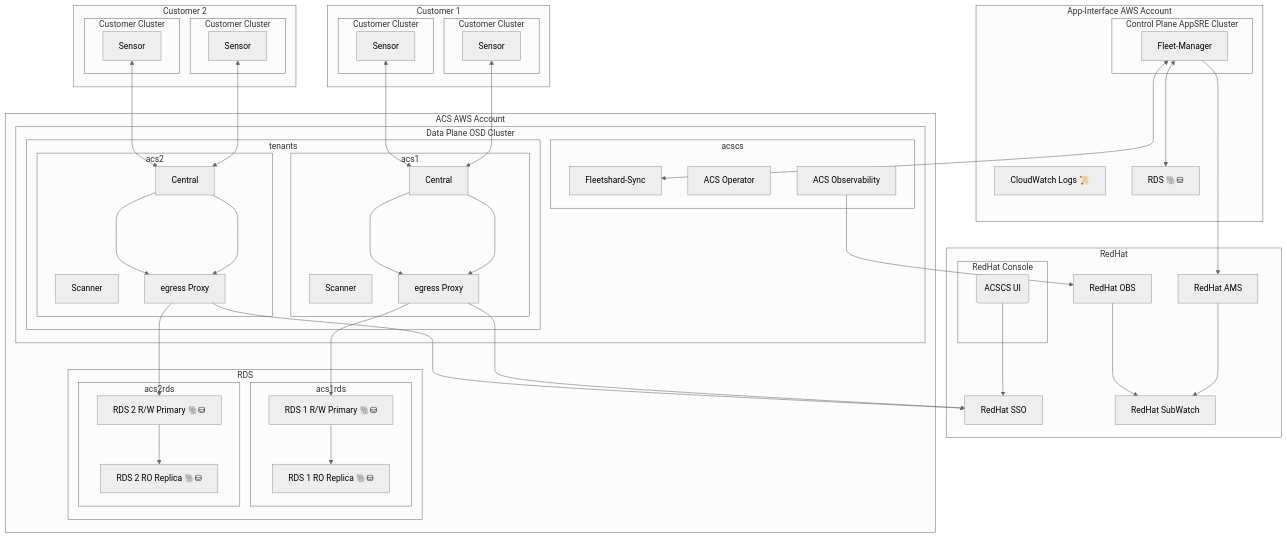
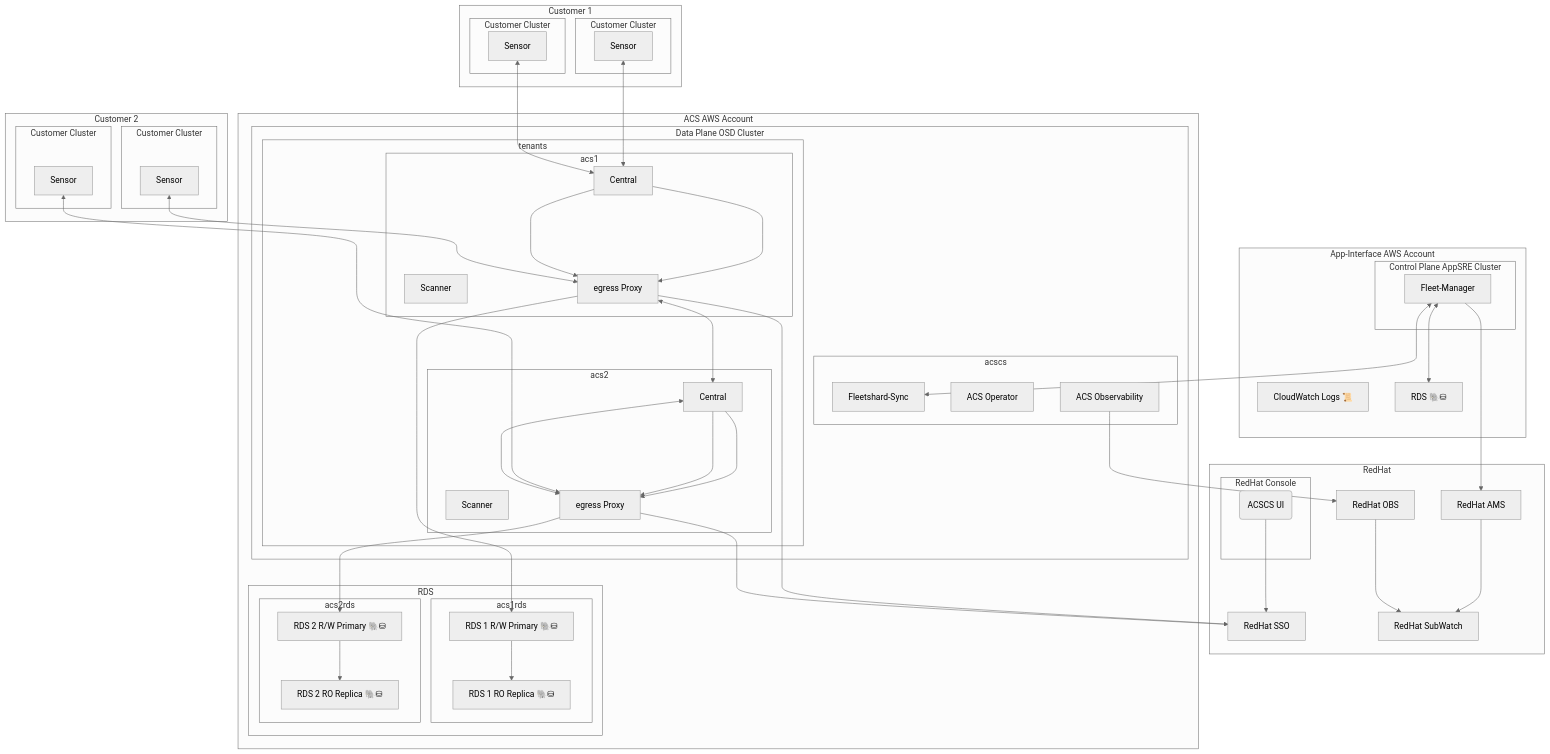
The diagram in docs/architecture/images/acscs_architecture.md (stackrox/acs-fleet-manager), drawn with Mermaid (neutral theme) before and after one commit.

````diff
--- a/docs/architecture/images/acscs_architecture.md
+++ b/docs/architecture/images/acscs_architecture.md
@@ -94,6 +94,6 @@
         end
     end
 
-    c2s1 <--> acs2central
-    c2s2 <--> acs2central
+    c2s1 <--> acs1egress <--> acs2central
+    c2s2 <--> acs2egress <--> acs2central
 ```
````
